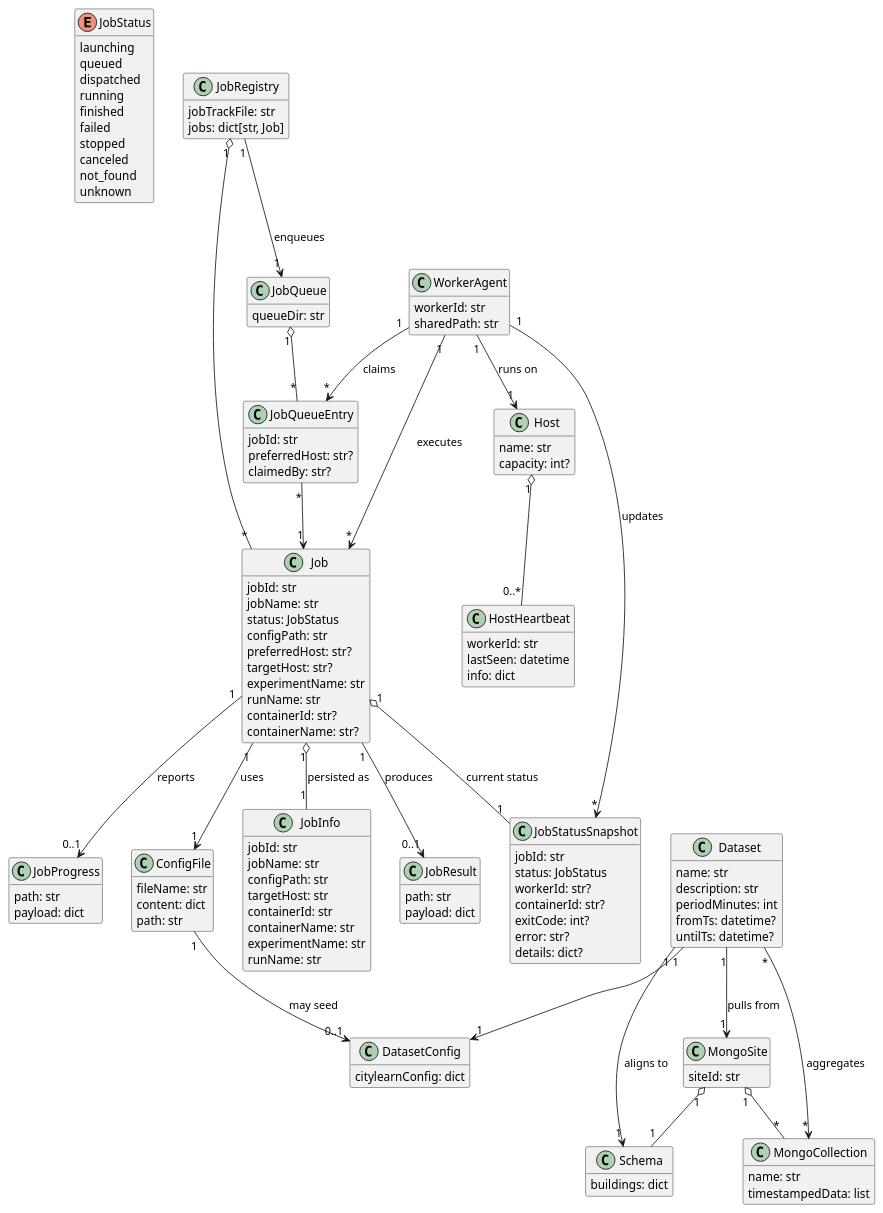
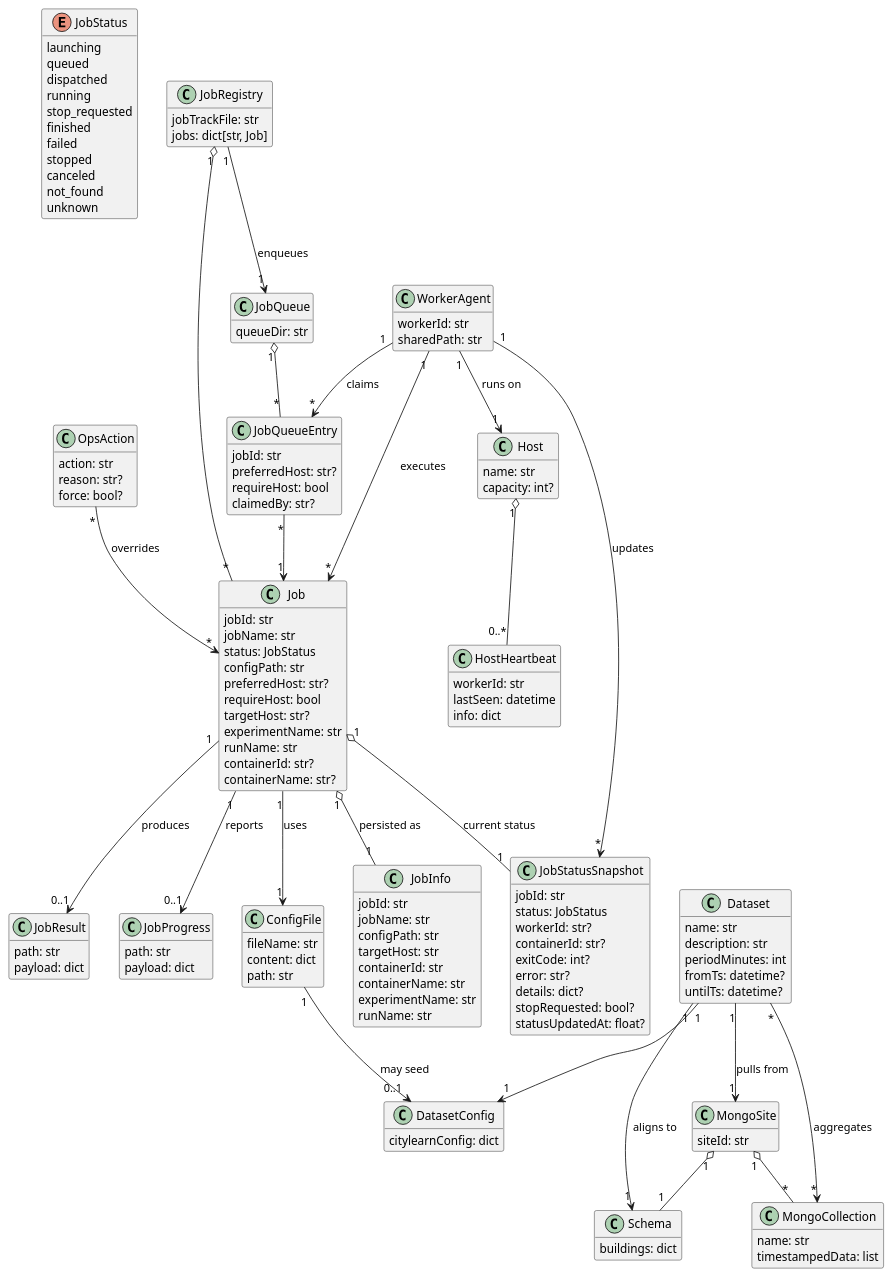
One commit to Soft-CPS-Research-Group/opeva_backend_api_training changed the diagram in docs/domain_model.puml. Above: the diagram before and after it, drawn with PlantUML. The commit also changed 17 other files, not shown here.

```diff
--- a/docs/domain_model.puml
+++ b/docs/domain_model.puml
@@ -1,148 +1,160 @@
 @startuml
 skinparam classAttributeIconSize 0
 hide empty members
 
 enum JobStatus {
   launching
   queued
   dispatched
   running
+  stop_requested
   finished
   failed
   stopped
   canceled
   not_found
   unknown
 }
 
 class Job {
   jobId: str
   jobName: str
   status: JobStatus
   configPath: str
   preferredHost: str?
+  requireHost: bool
   targetHost: str?
   experimentName: str
   runName: str
   containerId: str?
   containerName: str?
 }
 
 class JobInfo {
   jobId: str
   jobName: str
   configPath: str
   targetHost: str
   containerId: str
   containerName: str
   experimentName: str
   runName: str
 }
 
 class JobStatusSnapshot {
   jobId: str
   status: JobStatus
   workerId: str?
   containerId: str?
   exitCode: int?
   error: str?
   details: dict?
+  stopRequested: bool?
+  statusUpdatedAt: float?
 }
 
 class JobResult {
   path: str
   payload: dict
 }
 
 class JobProgress {
   path: str
   payload: dict
 }
 
 class JobRegistry {
   jobTrackFile: str
   jobs: dict[str, Job]
 }
 
 class JobQueue {
   queueDir: str
 }
 
 class JobQueueEntry {
   jobId: str
   preferredHost: str?
+  requireHost: bool
   claimedBy: str?
 }
 
 class WorkerAgent {
   workerId: str
   sharedPath: str
 }
 
 class Host {
   name: str
   capacity: int?
 }
 
 class HostHeartbeat {
   workerId: str
   lastSeen: datetime
   info: dict
+}
+
+class OpsAction {
+  action: str
+  reason: str?
+  force: bool?
 }
 
 class ConfigFile {
   fileName: str
   content: dict
   path: str
 }
 
 class Dataset {
   name: str
   description: str
   periodMinutes: int
   fromTs: datetime?
   untilTs: datetime?
 }
 
 class DatasetConfig {
   citylearnConfig: dict
 }
 
 class MongoSite {
   siteId: str
 }
 
 class Schema {
   buildings: dict
 }
 
 class MongoCollection {
   name: str
   timestampedData: list
 }
 
 JobRegistry "1" o-- "*" Job
 Job "1" o-- "1" JobInfo : persisted as
 Job "1" o-- "1" JobStatusSnapshot : current status
 Job "1" --> "0..1" JobResult : produces
 Job "1" --> "0..1" JobProgress : reports
 Job "1" --> "1" ConfigFile : uses
 JobQueue "1" o-- "*" JobQueueEntry
 JobQueueEntry "*" --> "1" Job
 JobRegistry "1" --> "1" JobQueue : enqueues
 
 WorkerAgent "1" --> "*" JobQueueEntry : claims
 WorkerAgent "1" --> "*" Job : executes
 WorkerAgent "1" --> "*" JobStatusSnapshot : updates
 WorkerAgent "1" --> "1" Host : runs on
 Host "1" o-- "0..*" HostHeartbeat
+OpsAction "*" --> "*" Job : overrides
 
 Dataset "1" --> "1" DatasetConfig
 Dataset "1" --> "1" MongoSite : pulls from
 Dataset "1" --> "1" Schema : aligns to
 Dataset "*" --> "*" MongoCollection : aggregates
 MongoSite "1" o-- "1" Schema
 MongoSite "1" o-- "*" MongoCollection
 
 ConfigFile "1" --> "0..1" DatasetConfig : may seed
 @enduml
```
